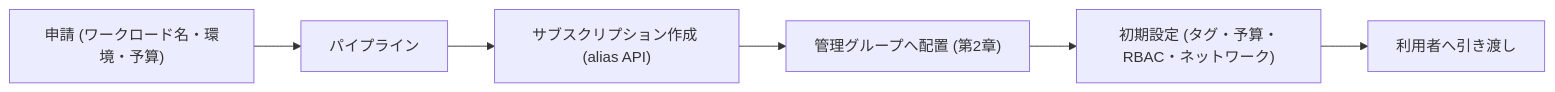
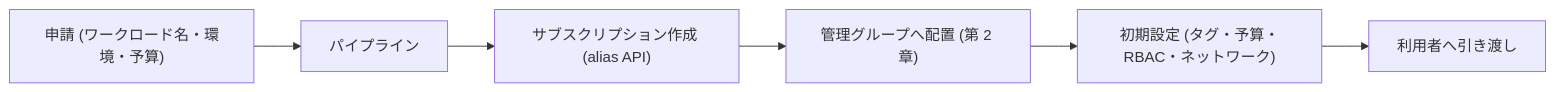
Before and after one commit to engineers-hub-ltd-in-house-project/azure-practice: the diagram in manuscript/part5/22-multi-subscription.md, drawn with Mermaid. The commit also changed other lines of this file and 63 other files, not shown here.

````diff
--- a/manuscript/part5/22-multi-subscription.md
+++ b/manuscript/part5/22-multi-subscription.md
@@ -31,8 +31,8 @@
 ```mermaid
 flowchart LR
   REQ["申請 (ワークロード名・環境・予算)"] --> PIPE["パイプライン"]
   PIPE --> CREATE["サブスクリプション作成 (alias API)"]
-  CREATE --> MG["管理グループへ配置 (第2章)"]
+  CREATE --> MG["管理グループへ配置 (第 2 章)"]
   MG --> BASE["初期設定 (タグ・予算・RBAC・ネットワーク)"]
   BASE --> DONE["利用者へ引き渡し"]
 ```
````
